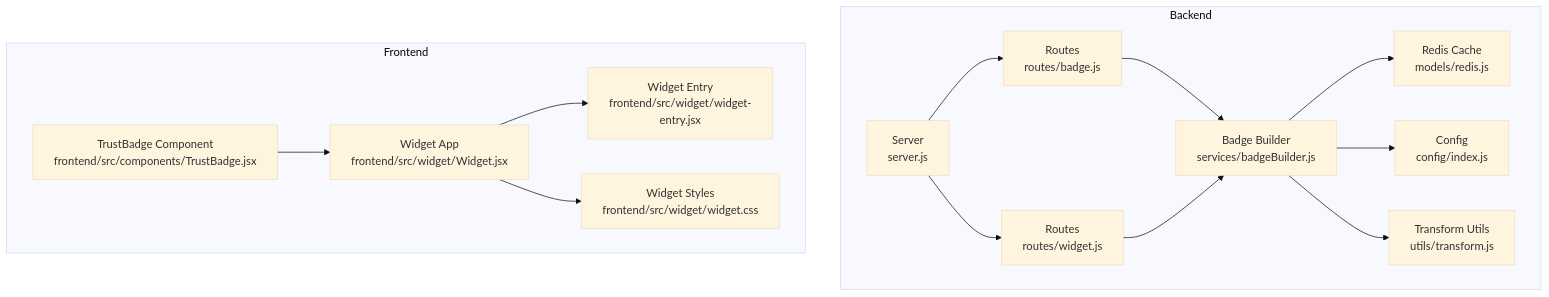
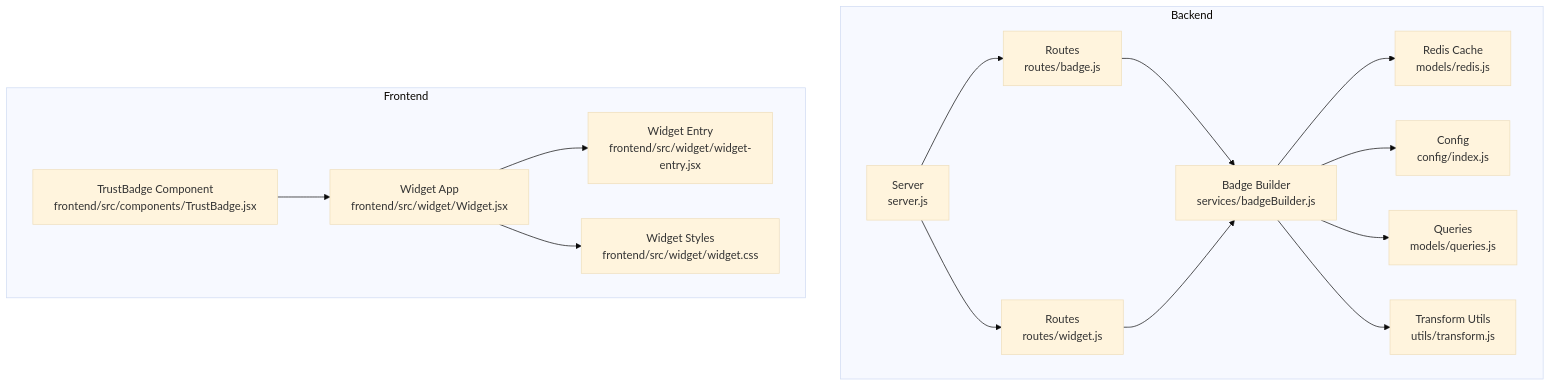
One commit to RunTimeAdmin/AgentID changed the first of 6 diagrams in .qoder/repowiki/en/content/Service Layer/Badge Services.md. Above: the diagram before and after it, drawn with Mermaid (base theme). The commit also changed other lines of this file and 31 other files, not shown here.

````diff
--- a/.qoder/repowiki/en/content/Service Layer/Badge Services.md
+++ b/.qoder/repowiki/en/content/Service Layer/Badge Services.md
@@ -46,28 +49,30 @@
 ```mermaid
 graph TB
 subgraph "Backend"
 S["Server<br/>server.js"]
 R1["Routes<br/>routes/badge.js"]
 R2["Routes<br/>routes/widget.js"]
 B["Badge Builder<br/>services/badgeBuilder.js"]
 C["Config<br/>config/index.js"]
 D["Redis Cache<br/>models/redis.js"]
+Q["Queries<br/>models/queries.js"]
 T["Transform Utils<br/>utils/transform.js"]
 end
 subgraph "Frontend"
 F1["TrustBadge Component<br/>frontend/src/components/TrustBadge.jsx"]
 F2["Widget App<br/>frontend/src/widget/Widget.jsx"]
 F3["Widget Entry<br/>frontend/src/widget/widget-entry.jsx"]
 F4["Widget Styles<br/>frontend/src/widget/widget.css"]
 end
 S --> R1
 S --> R2
 R1 --> B
 R2 --> B
 B --> D
 B --> C
+B --> Q
 B --> T
 F2 --> F3
 F2 --> F4
 F1 --> F2
 ```
````
